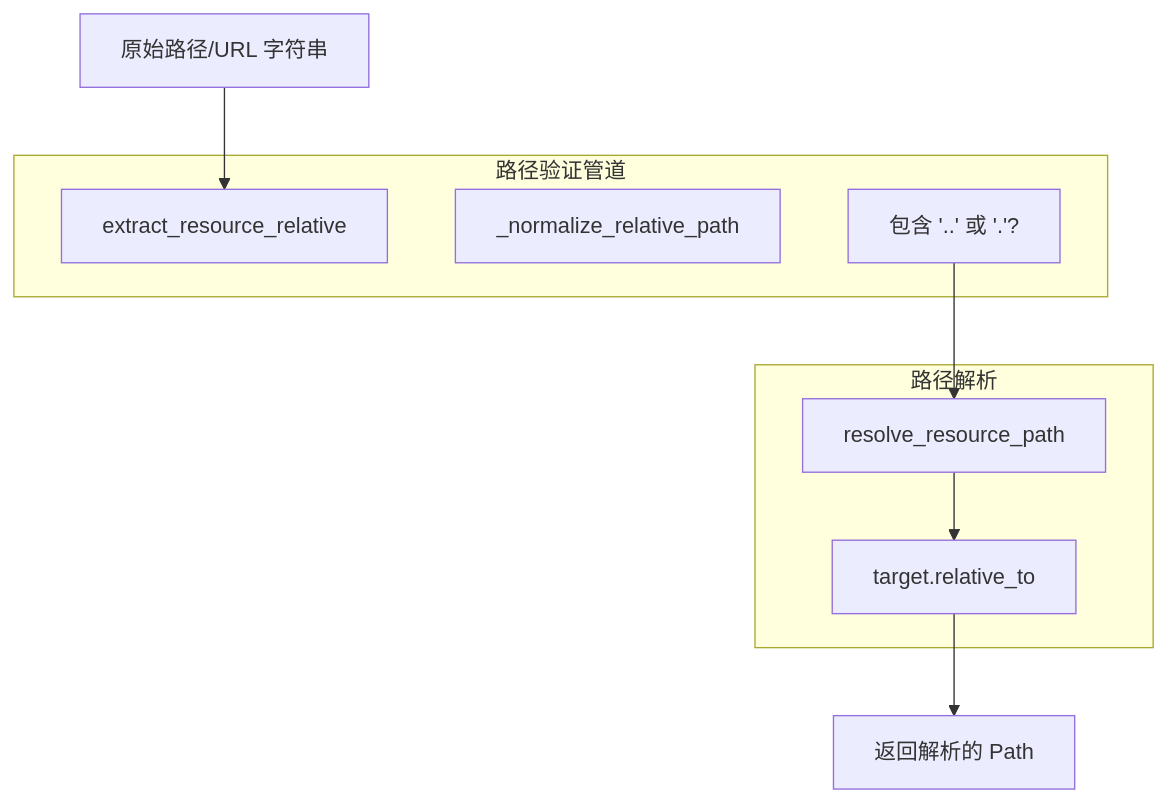
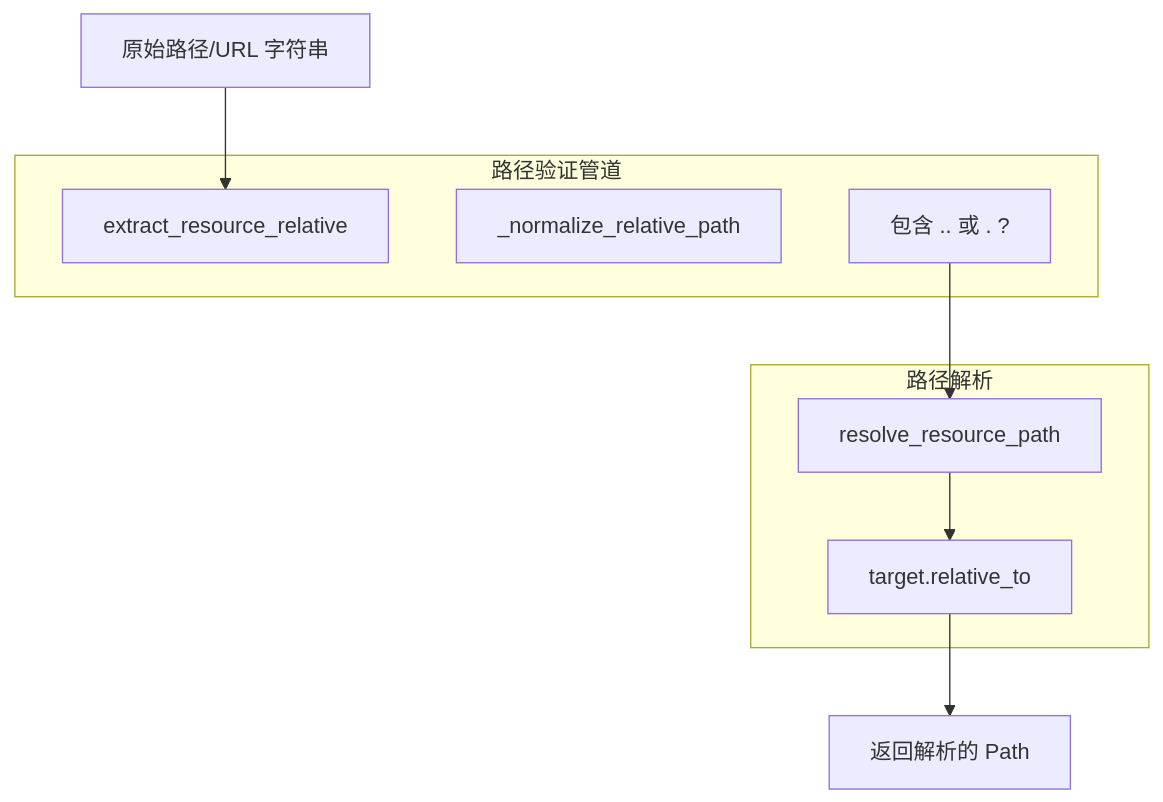
One commit to HKLHaoBin/LyricSphere changed diagram 20 of 44 in README.md. Above: the diagram before and after it, drawn with Mermaid. The commit also changed other lines of this file, not shown here.

First line of the commit message:
docs: 更新 README.md 中的流程图文本格式

````diff
--- a/README.md
+++ b/README.md
@@ -1609,26 +1609,26 @@
 ```mermaid
 flowchart TD
-    RawPath[原始路径/URL 字符串]
-    ExtractRel[extract_resource_relative]
-    NormalizePath[_normalize_relative_path]
-    CheckSegments[包含 '..' 或 '.'?]
-    ResolvePath[resolve_resource_path]
-    BoundaryCheck[target.relative_to]
-    ReturnPath[返回解析的 Path]
+    RawPath["原始路径/URL 字符串"]
+    ExtractRel["extract_resource_relative"]
+    NormalizePath["_normalize_relative_path"]
+    CheckSegments["包含 .. 或 . ?"]
+    ResolvePath["resolve_resource_path"]
+    BoundaryCheck["target.relative_to"]
+    ReturnPath["返回解析的 Path"]
 
     RawPath --> ExtractRel
     CheckSegments --> ResolvePath
     ResolvePath --> BoundaryCheck
     BoundaryCheck --> ReturnPath
 
     subgraph PathValidation[路径验证管道]
         ExtractRel
         NormalizePath
         CheckSegments
     end
 
     subgraph PathResolution[路径解析]
         ResolvePath
         BoundaryCheck
     end
 ```
````
